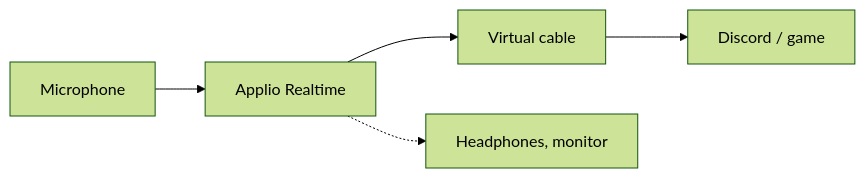
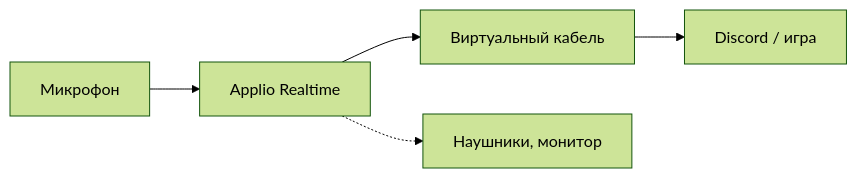
Before and after one commit to Friskes/voice-changer: the diagram in README.md, drawn with Mermaid (forest theme). The commit also changed other lines of this file and 11 other files, not shown here.

````diff
--- a/README.md
+++ b/README.md
@@ -7,7 +7,7 @@
 ```mermaid
 flowchart LR
-    mic[Microphone] --> applio[Applio Realtime]
-    applio --> cable[Virtual cable]
-    cable --> app[Discord / game]
-    applio -.-> phones[Headphones, monitor]
+    mic[Микрофон] --> applio[Applio Realtime]
+    applio --> cable[Виртуальный кабель]
+    cable --> app[Discord / игра]
+    applio -.-> phones[Наушники, монитор]
 ```
````
